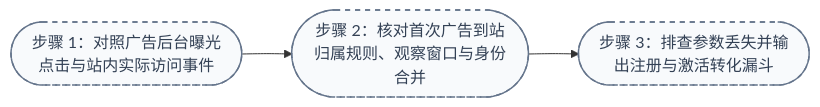
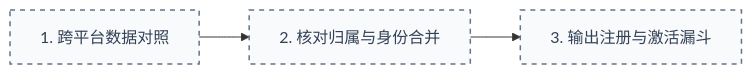
One commit to ezra-y/reddit-ad-workflow-skills changed the fifth of 6 diagrams in README.md. Above: the diagram before and after it, drawn with Mermaid. The commit also changed other lines of this file, not shown here.

Commit message:
docs: use vertical top-level flowchart, remove overlapping subgraphs, and shorten node labels

````diff
--- a/README.md
+++ b/README.md
@@ -191,7 +161,7 @@
 ```mermaid
 flowchart LR
-    P4_1(["步骤 1：对照广告后台曝光点击与站内实际访问事件"]) --> P4_2(["步骤 2：核对首次广告到站归属规则、观察窗口与身份合并"]) --> P4_3(["步骤 3：排查参数丢失并输出注册与激活转化漏斗"])
+    P4_1["1. 跨平台数据对照"] --> P4_2["2. 核对归属与身份合并"] --> P4_3["3. 输出注册与激活漏斗"]
 
     classDef planStep fill:#F8FAFC,stroke:#64748B,stroke-width:1.5px,stroke-dasharray: 5 5,color:#334155
     class P4_1,P4_2,P4_3 planStep
 ```
````
